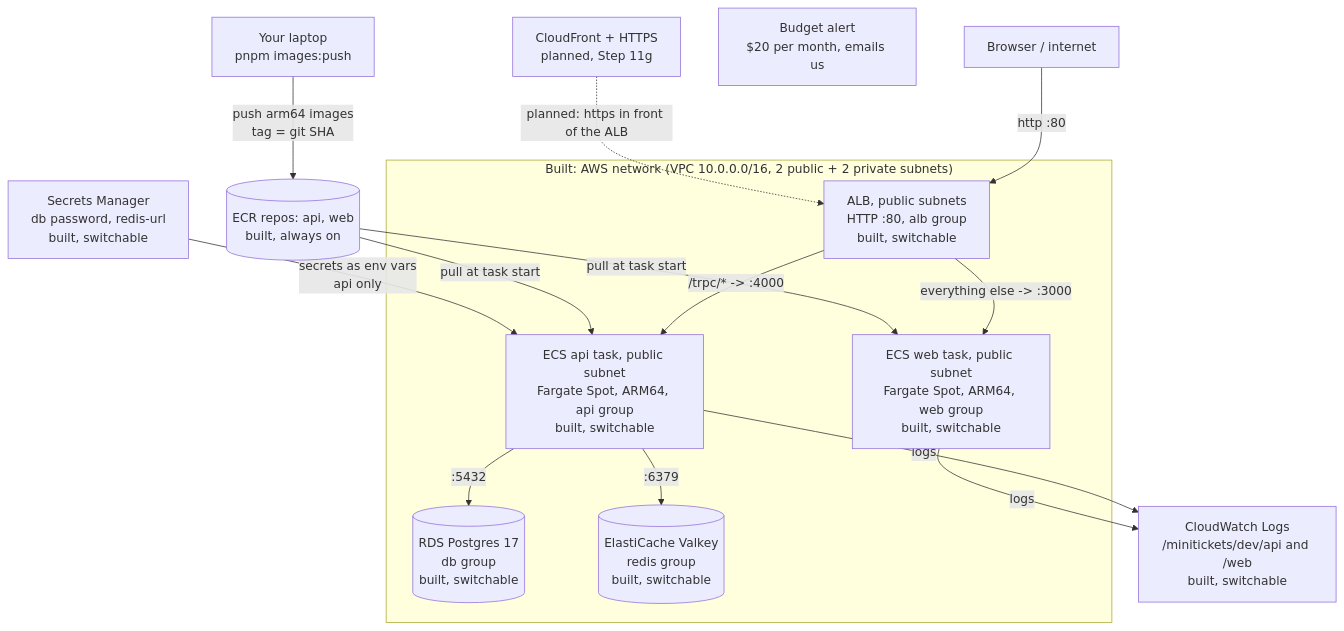
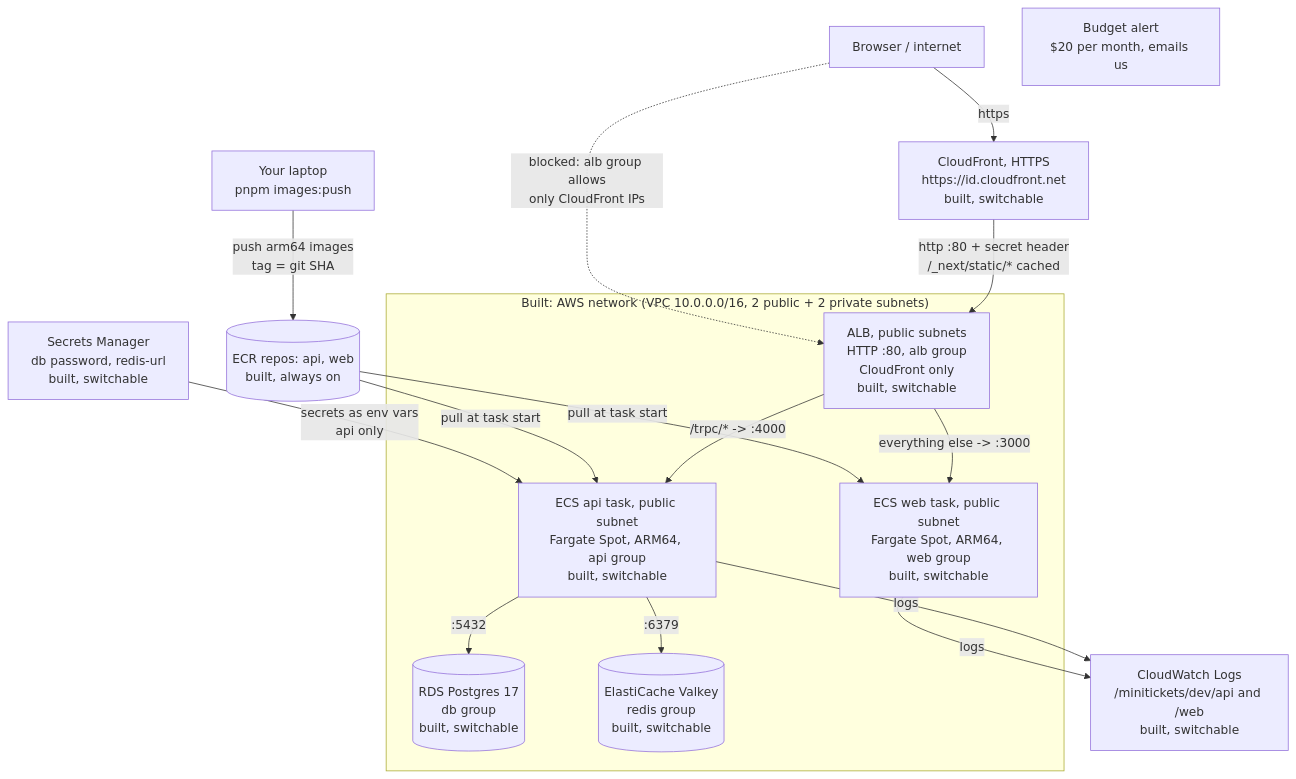
One commit to maheshnd/minitickets changed the second of 3 diagrams in docs/00-architecture.md. Above: the diagram before and after it, drawn with Mermaid. The commit also changed other lines of this file and 17 other files, not shown here.

First line of the commit message:
infra: cloudfront + https + origin protection

````diff
--- a/docs/00-architecture.md
+++ b/docs/00-architecture.md
@@ -25,29 +26,30 @@
 ```mermaid
 flowchart TB
     internet["Browser / internet"]
-    cf["CloudFront + HTTPS<br/>planned, Step 11g"]
+    cf["CloudFront, HTTPS<br/>https://id.cloudfront.net<br/>built, switchable"]
     budget["Budget alert<br/>$20 per month, emails us"]
     sm["Secrets Manager<br/>db password, redis-url<br/>built, switchable"]
     cw["CloudWatch Logs<br/>/minitickets/dev/api and /web<br/>built, switchable"]
     subgraph vpc["Built: AWS network (VPC 10.0.0.0/16, 2 public + 2 private subnets)"]
-        alb["ALB, public subnets<br/>HTTP :80, alb group<br/>built, switchable"]
+        alb["ALB, public subnets<br/>HTTP :80, alb group<br/>CloudFront only<br/>built, switchable"]
         webtask["ECS web task, public subnet<br/>Fargate Spot, ARM64, web group<br/>built, switchable"]
         apitask["ECS api task, public subnet<br/>Fargate Spot, ARM64, api group<br/>built, switchable"]
         rds[("RDS Postgres 17<br/>db group<br/>built, switchable")]
         cache[("ElastiCache Valkey<br/>redis group<br/>built, switchable")]
     end
     ecr[("ECR repos: api, web<br/>built, always on")]
     laptop["Your laptop<br/>pnpm images:push"]
-    internet -->|"http :80"| alb
-    cf -.->|"planned: https in front of the ALB"| alb
+    internet -->|"https"| cf
+    cf -->|"http :80 + secret header<br/>/_next/static/* cached"| alb
+    internet -.->|"blocked: alb group allows<br/>only CloudFront IPs"| alb
     alb -->|"everything else -> :3000"| webtask
     alb -->|"/trpc/* -> :4000"| apitask
     apitask -->|":5432"| rds
     apitask -->|":6379"| cache
     laptop -->|"push arm64 images<br/>tag = git SHA"| ecr
     ecr -->|"pull at task start"| apitask
     ecr -->|"pull at task start"| webtask
     sm -->|"secrets as env vars<br/>api only"| apitask
     apitask -->|"logs"| cw
     webtask -->|"logs"| cw
 ```
````
